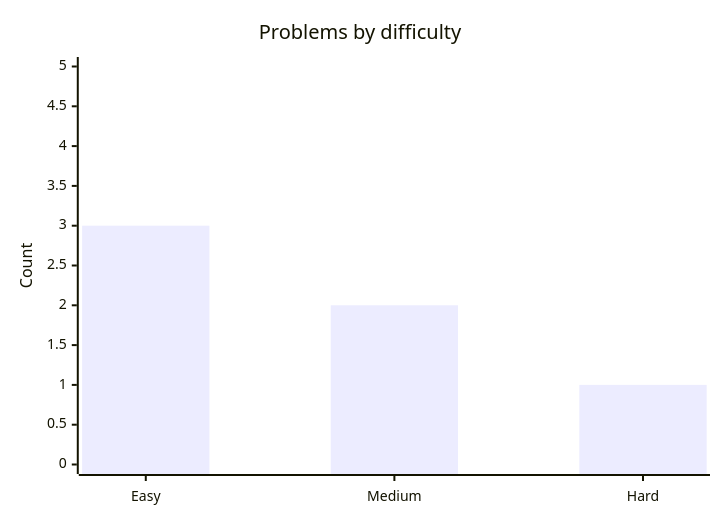
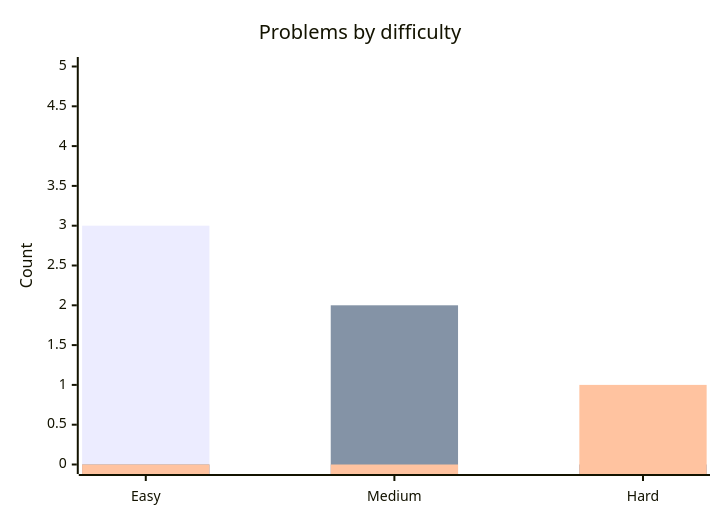
The diagram in README.md (hinata-koizumi/leetcode-journey), drawn with Mermaid before and after one commit. The commit also changed 1 other file, not shown here.

Commit message:
Fix xyChart bar colors by splitting into three bar series.

````diff
--- a/README.md
+++ b/README.md
@@ -12,8 +12,10 @@
 ```mermaid
 %%{init: {"theme":"base","themeVariables":{"xyChart":{"plotColorPalette":"#66d9ef,#ffd866,#ff6b6b"}}}%%
 xychart-beta
     title "Problems by difficulty"
     x-axis [Easy, Medium, Hard]
     y-axis "Count" 0 --> 5
-    bar [3, 2, 1]
+    bar [3, 0, 0]
+    bar [0, 2, 0]
+    bar [0, 0, 1]
 ```
````
